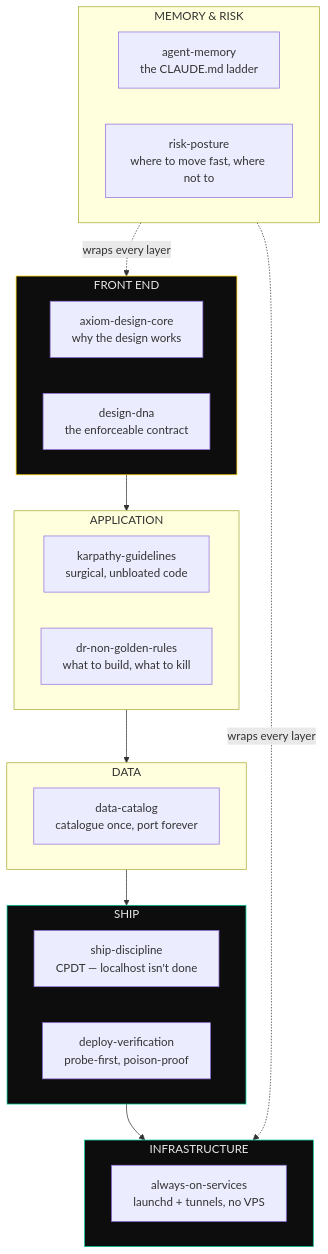
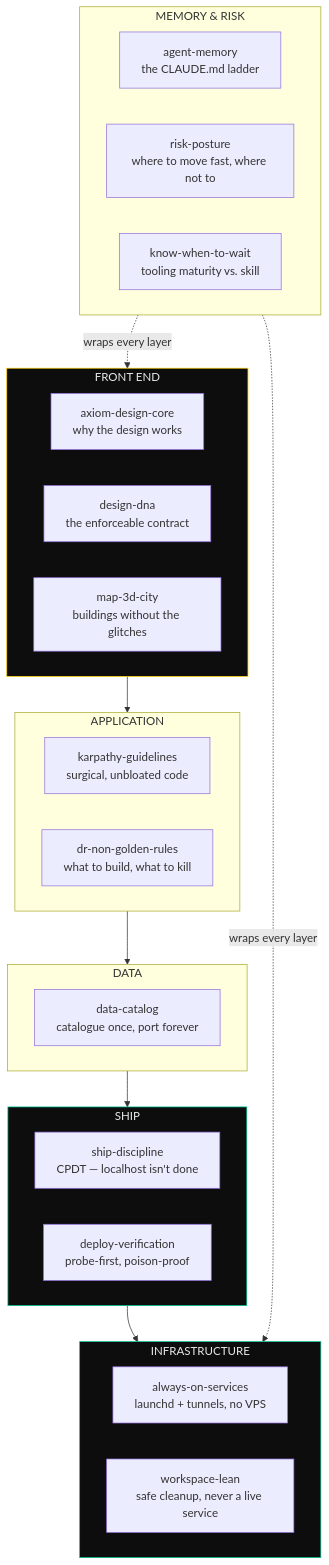
One commit to Nonarkara/dr-non-vibecoding-skills changed the second of 3 diagrams in README.md. Above: the diagram before and after it, drawn with Mermaid. The commit also changed other lines of this file and 3 other files, not shown here.

````diff
--- a/README.md
+++ b/README.md
@@ -103,39 +105,42 @@
 ```mermaid
 flowchart TD
     subgraph Front["FRONT END"]
         direction LR
         ADC["axiom-design-core\nwhy the design works"]
         DNA["design-dna\nthe enforceable contract"]
+        M3D["map-3d-city\nbuildings without the glitches"]
     end
     subgraph App["APPLICATION"]
         direction LR
         KG["karpathy-guidelines\nsurgical, unbloated code"]
         DNG["dr-non-golden-rules\nwhat to build, what to kill"]
     end
     subgraph Data["DATA"]
         direction LR
         DC["data-catalog\ncatalogue once, port forever"]
     end
     subgraph Ship["SHIP"]
         direction LR
         SD["ship-discipline\nCPDT — localhost isn't done"]
         DV["deploy-verification\nprobe-first, poison-proof"]
     end
     subgraph Infra["INFRASTRUCTURE"]
         direction LR
         AOS["always-on-services\nlaunchd + tunnels, no VPS"]
+        WL["workspace-lean\nsafe cleanup, never a live service"]
     end
     subgraph Memory["MEMORY & RISK"]
         direction LR
         AM["agent-memory\nthe CLAUDE.md ladder"]
         RP["risk-posture\nwhere to move fast, where not to"]
+        KWW["know-when-to-wait\ntooling maturity vs. skill"]
     end
 
     Front --> App --> Data --> Ship --> Infra
     Memory -.->|"wraps every layer"| Front
     Memory -.->|"wraps every layer"| Infra
 
     style Front fill:#0d0d0d,stroke:#ffd000,color:#e8e8e8
     style Ship fill:#0d0d0d,stroke:#00c896,color:#e8e8e8
     style Infra fill:#0d0d0d,stroke:#00c896,color:#e8e8e8
 ```
````
